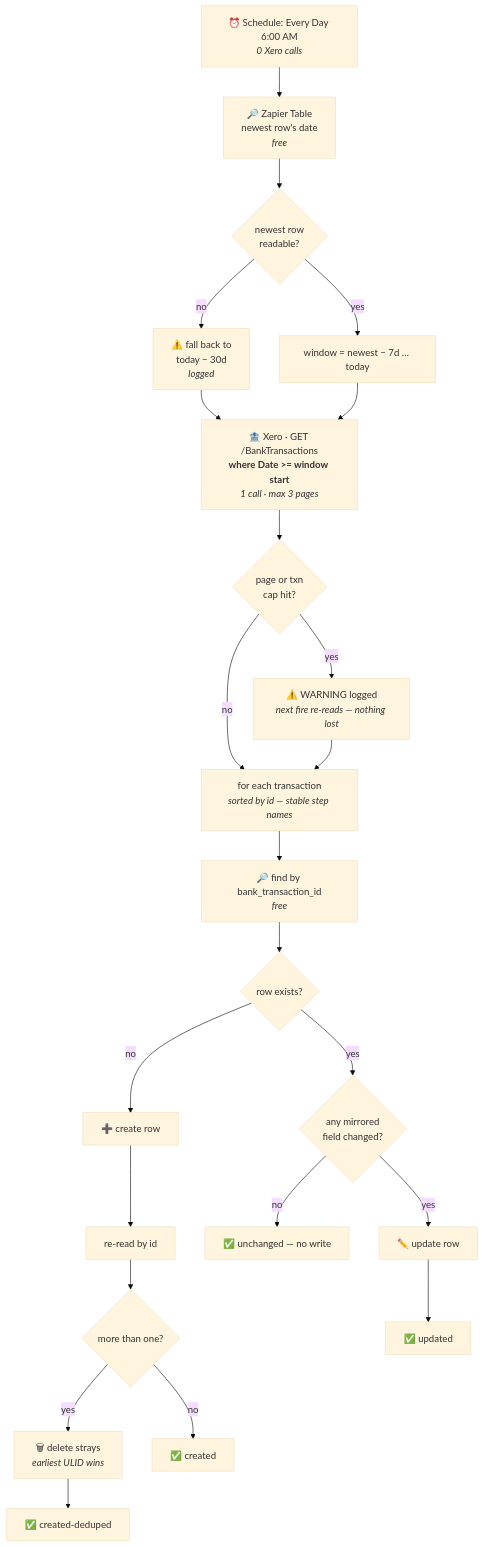
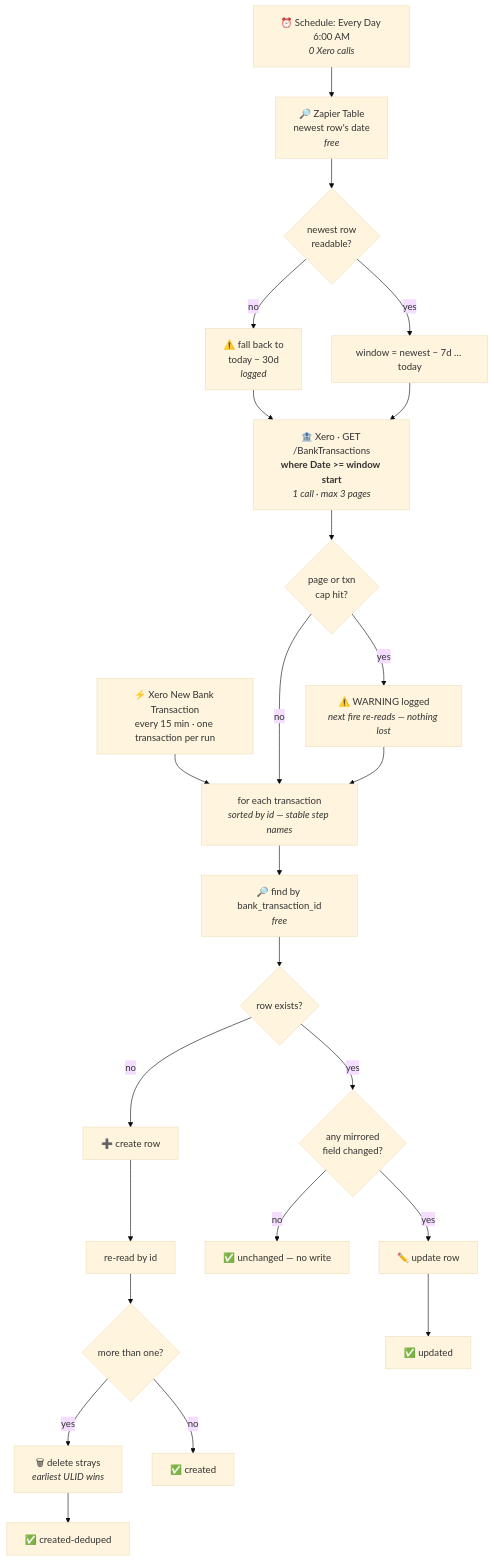
The diagram in xero-bank-transactions-to-zapier-table/README.md (work-flowers/zapier-sdk), drawn with Mermaid (base theme) before and after one commit. The commit also changed other lines of this file and 9 other files, not shown here.

First line of the commit message:
xero-invoice-alerts + bank transactions: 15-minute Xero poller deployments

````diff
--- a/xero-bank-transactions-to-zapier-table/README.md
+++ b/xero-bank-transactions-to-zapier-table/README.md
@@ -32,28 +47,29 @@
 ```mermaid
 flowchart TD
+    PL["⚡ Xero New Bank Transaction<br/>every 15 min · one transaction per run"] --> LOOP
     T["⏰ Schedule: Every Day 6:00 AM<br/><i>0 Xero calls</i>"] --> L["🔎 Zapier Table<br/>newest row's date<br/><i>free</i>"]
     L --> W{"newest row<br/>readable?"}
     W -- no --> WB["⚠️ fall back to<br/>today − 30d<br/><i>logged</i>"]
     W -- yes --> WA["window = newest − 7d … today"]
     WB --> Q
     WA --> Q
     Q["🏦 Xero · GET /BankTransactions<br/><b>where Date >= window start</b><br/><i>1 call · max 3 pages</i>"]
     Q --> CAP{"page or txn<br/>cap hit?"}
     CAP -- yes --> WARN["⚠️ WARNING logged<br/><i>next fire re-reads — nothing lost</i>"]
     CAP -- no --> LOOP
     WARN --> LOOP
     LOOP["for each transaction<br/><i>sorted by id — stable step names</i>"] --> F["🔎 find by bank_transaction_id<br/><i>free</i>"]
     F --> D{"row exists?"}
 
     D -- no --> C["➕ create row"]
     C --> RQ["re-read by id"]
     RQ --> R{"more than one?"}
     R -- yes --> DD["🗑 delete strays<br/><i>earliest ULID wins</i>"]
     R -- no --> OK1["✅ created"]
     DD --> OK2["✅ created-deduped"]
 
     D -- yes --> S{"any mirrored<br/>field changed?"}
     S -- no --> OK3["✅ unchanged — no write"]
     S -- yes --> U["✏️ update row"]
     U --> OK4["✅ updated"]
 ```
````
